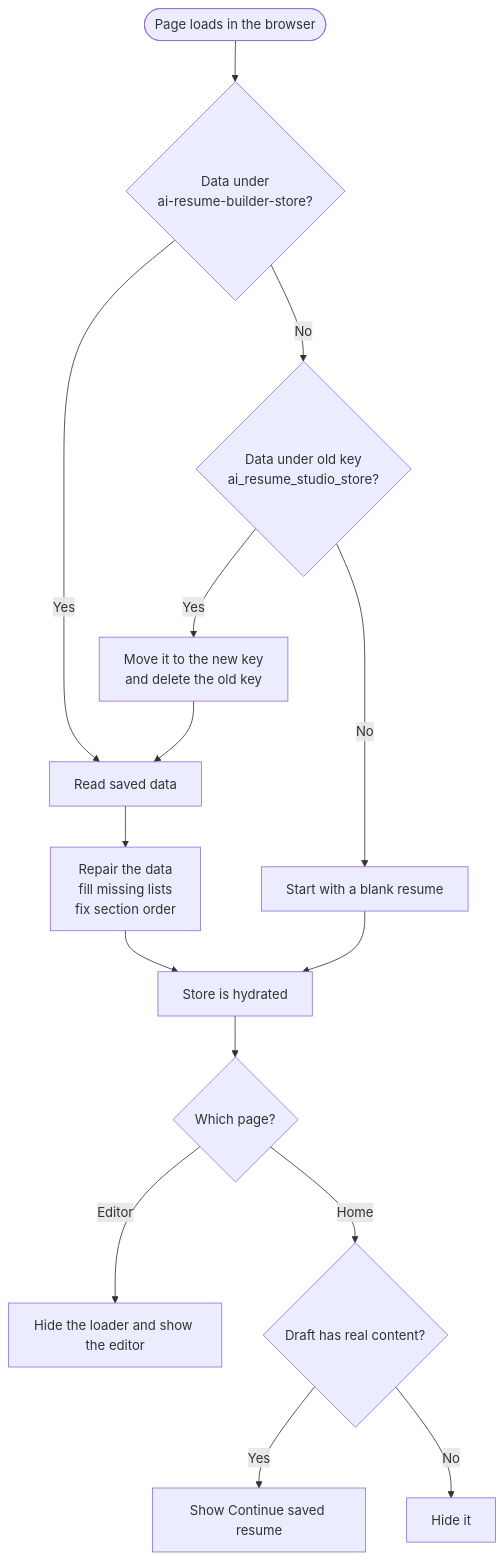
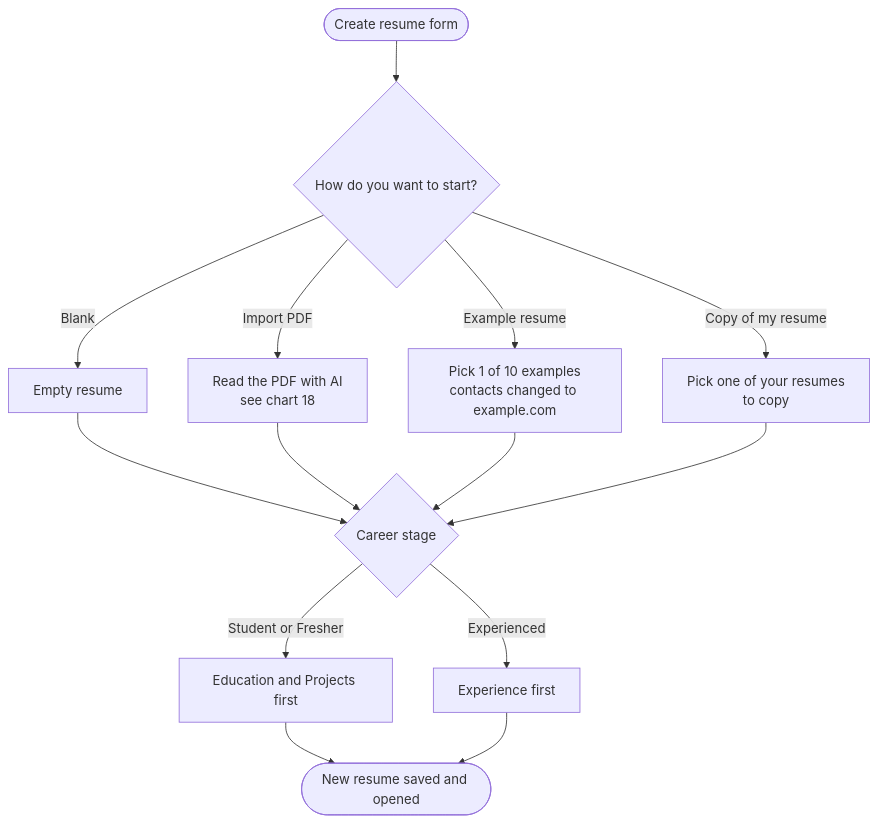
Before and after one commit to silent-coder-dev/ai-resume-builder: the sixth of 30 diagrams in doc/04-FLOWCHARTS.md, drawn with Mermaid. The commit also changed other lines of this file and 122 other files, not shown here.

````diff
--- a/doc/04-FLOWCHARTS.md
+++ b/doc/04-FLOWCHARTS.md
@@ -172,19 +190,16 @@
 ```mermaid
 flowchart TD
-    A(["Page loads in the browser"]) --> B{"Data under<br/>ai-resume-builder-store?"}
-    B -->|Yes| D["Read saved data"]
-    B -->|No| C{"Data under old key<br/>ai_resume_studio_store?"}
-    C -->|Yes| C2["Move it to the new key<br/>and delete the old key"]
-    C2 --> D
-    C -->|No| E["Start with a blank resume"]
-
-    D --> F["Repair the data<br/>fill missing lists<br/>fix section order"]
-    F --> G["Store is hydrated"]
-    E --> G
-
-    G --> H{"Which page?"}
-    H -->|Editor| I["Hide the loader and show the editor"]
-    H -->|Home| J{"Draft has real content?"}
-    J -->|Yes| K["Show Continue saved resume"]
-    J -->|No| L["Hide it"]
+    A(["Create resume form"]) --> W{"How do you want to start?"}
+    W -->|Blank| B["Empty resume"]
+    W -->|"Import PDF"| P["Read the PDF with AI<br/>see chart 18"]
+    W -->|"Example resume"| S["Pick 1 of 10 examples<br/>contacts changed to example.com"]
+    W -->|"Copy of my resume"| C["Pick one of your resumes<br/>to copy"]
+    B --> STAGE
+    P --> STAGE
+    S --> STAGE
+    C --> STAGE
+    STAGE{"Career stage"} -->|"Student or Fresher"| F["Education and Projects first"]
+    STAGE -->|"Experienced"| X["Experience first"]
+    F --> NEW(["New resume saved and opened"])
+    X --> NEW
 ```
````
